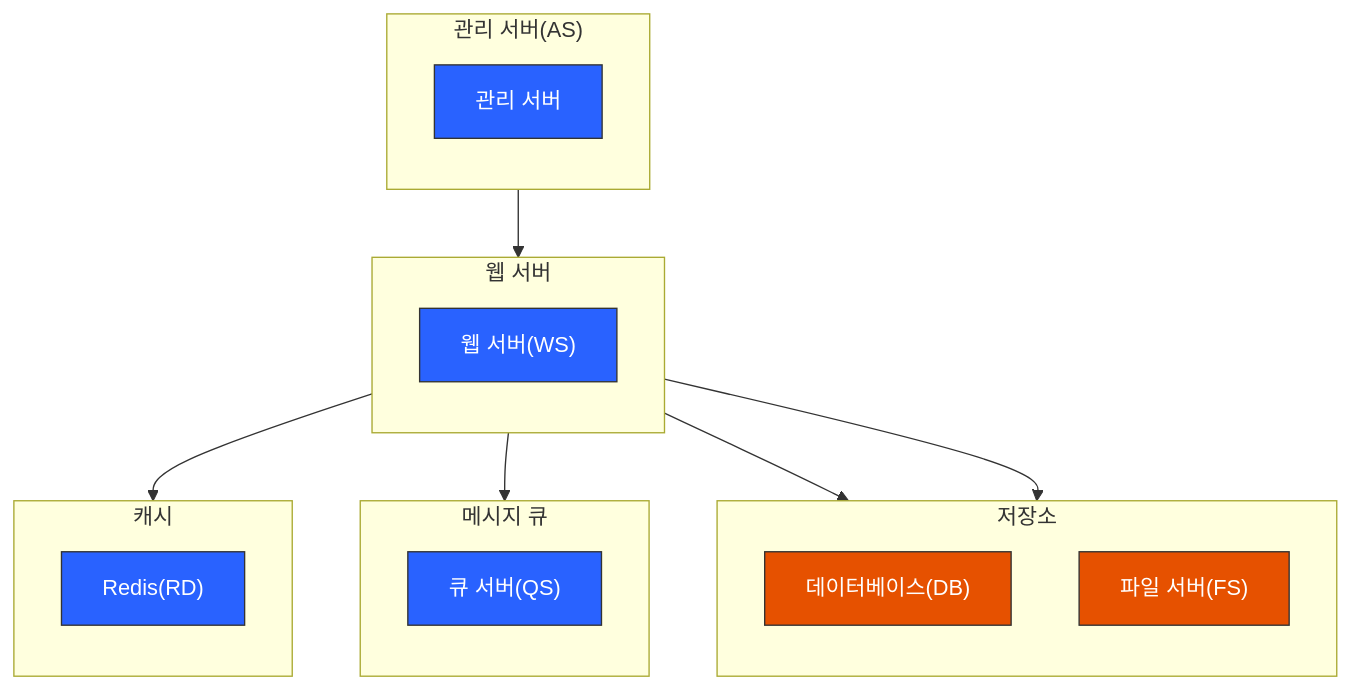
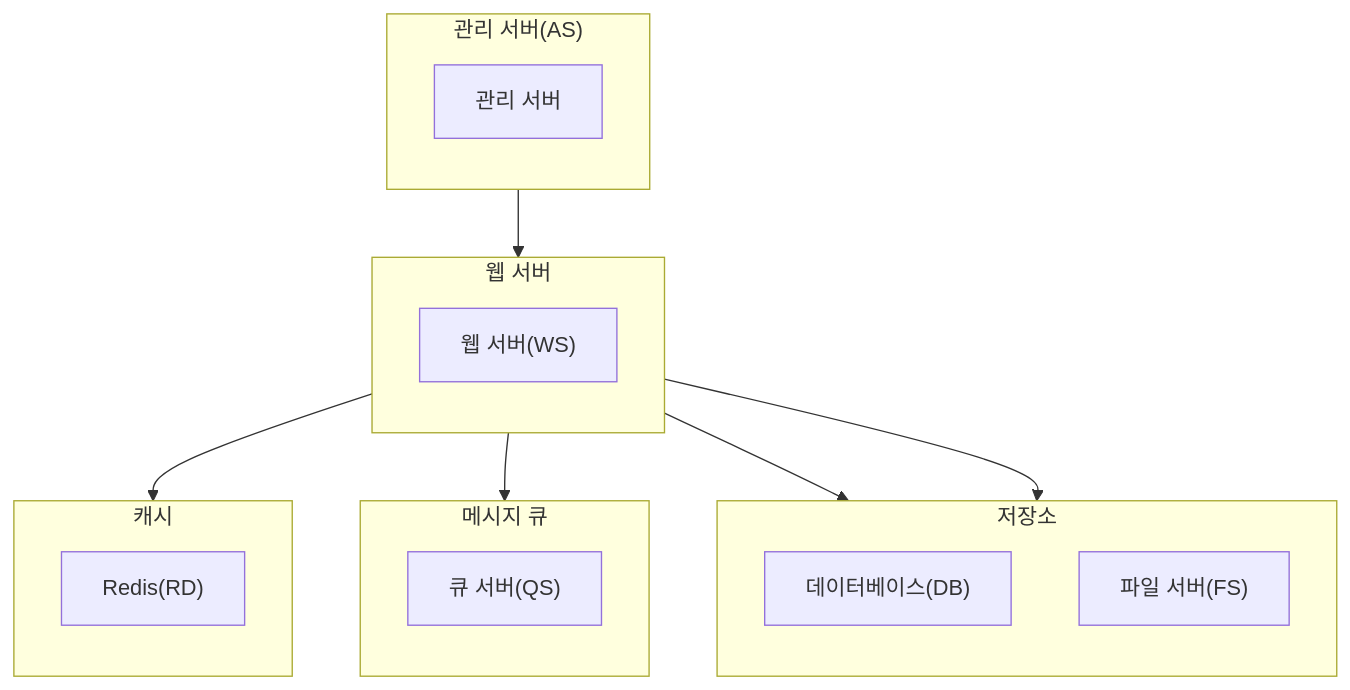
One commit to ldmrepo/exam-arch changed the first of 2 diagrams in 시나리오/01 시험 준비 프로세스.md. Above: the diagram before and after it, drawn with Mermaid. The commit also changed 7 other files, not shown here.

Commit message:
상태 처리 다이어그램에서 스타일 제거 및 시퀀스 다이어그램 추가

````diff
--- a/시나리오/01 시험 준비 프로세스.md
+++ b/시나리오/01 시험 준비 프로세스.md
@@ -15,42 +15,34 @@
 ```mermaid
 flowchart TB
     subgraph AdminServer["관리 서버(AS)"]
         direction TB
         AS["관리 서버"]
     end
 
     subgraph WebServer["웹 서버"]
         direction TB
         WS["웹 서버(WS)"]
     end
 
     subgraph Storage["저장소"]
         direction TB
         DB["데이터베이스(DB)"]
         FS["파일 서버(FS)"]
     end
 
     subgraph MessageQueue["메시지 큐"]
         direction TB
         QS["큐 서버(QS)"]
     end
 
     subgraph Cache["캐시"]
         direction TB
         RD["Redis(RD)"]
     end
 
     AS --> WS
     WS --> DB
     WS --> FS
     WS --> QS
     WS --> RD
-
-    style AS fill:#2962ff,stroke:#333,color:#fff
-    style WS fill:#2962ff,stroke:#333,color:#fff
-    style DB fill:#e65100,stroke:#333,color:#fff
-    style FS fill:#e65100,stroke:#333,color:#fff
-    style QS fill:#2962ff,stroke:#333,color:#fff
-    style RD fill:#2962ff,stroke:#333,color:#fff
-
 ```
````
